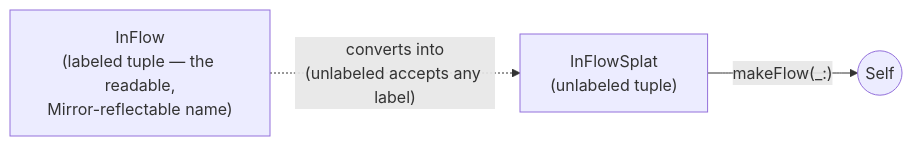
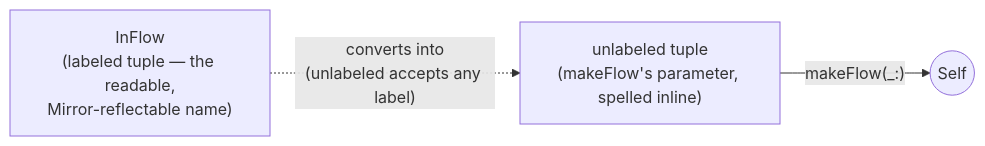
One commit to sisoje/swift-core-flow changed the second of 3 diagrams in README.md. Above: the diagram before and after it, drawn with Mermaid. The commit also changed other lines of this file and 9 other files, not shown here.

First line of the commit message:
makeFlow takes its unlabeled tuple inline; InFlow is the one named shape

````diff
--- a/README.md
+++ b/README.md
@@ -790,7 +792,7 @@
 ```mermaid
 flowchart LR
     IF["InFlow<br/>(labeled tuple — the readable,<br/>Mirror-reflectable name)"]
-    IFS["InFlowSplat<br/>(unlabeled tuple)"]
+    IFS["unlabeled tuple<br/>(makeFlow's parameter, spelled inline)"]
     IF -. "converts into<br/>(unlabeled accepts any label)" .-> IFS
     IFS -- "makeFlow(_:)" --> T((Self))
 ```
````
